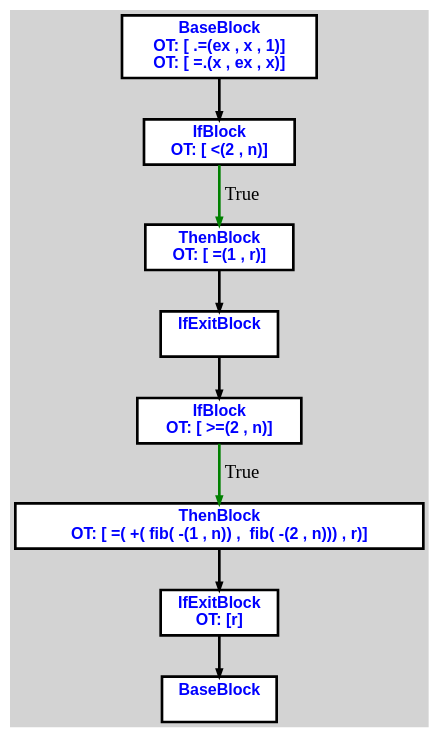
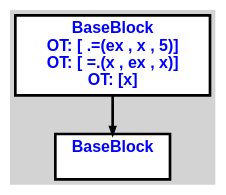
The diagram in cpoCompilerWin/input2.txt.fib.dot (aveen007/CountingMonkeys), drawn with Graphviz before and after one commit. The commit also changed 14 other files, not shown here.

```diff
--- a/cpoCompilerWin/input2.txt.fib.dot
+++ b/cpoCompilerWin/input2.txt.fib.dot
@@ -1,29 +1,13 @@
 digraph G {
 ordering=out;
 ranksep=.4;
 bgcolor="lightgrey";  node [shape=box, fixedsize=false, fontsize=12, fontname="Helvetica-bold", fontcolor="blue"
 width=.25, height=.25, color="black", fillcolor="white", style="filled, solid, bold"];
 
-edge [arrowsize=.5, color="black", style="bold"]    n000011613CBA3620 [label="BaseBlock\n OT: [ .=(ex , x , 1)]
+edge [arrowsize=.5, color="black", style="bold"]    n000011E17F423620 [label="BaseBlock\n OT: [ .=(ex , x , 5)]
 OT: [ =.(x , ex , x)]
+OT: [x]
 "]
-    n000011613CBA3980 [label="IfBlock\n OT: [ <(2 , n)]
-"]
-    n000011613CBA3620 -> n000011613CBA3980
-    n000011613CBA3980 -> n000011613CBA39E0 [label="True" color="green"]
-    n000011613CBA39E0 [label="ThenBlock\n OT: [ =(1 , r)]
-"]
-    n000011613CBA3A40 [label="IfExitBlock\n "]
-    n000011613CBA39E0 -> n000011613CBA3A40
-    n000011613CBA3AA0 [label="IfBlock\n OT: [ >=(2 , n)]
-"]
-    n000011613CBA3A40 -> n000011613CBA3AA0
-    n000011613CBA3AA0 -> n000011613CBA3B00 [label="True" color="green"]
-    n000011613CBA3B00 [label="ThenBlock\n OT: [ =( +( fib( -(1 , n)) ,  fib( -(2 , n))) , r)]
-"]
-    n000011613CBA3B60 [label="IfExitBlock\n OT: [r]
-"]
-    n000011613CBA3B00 -> n000011613CBA3B60
-    n000011613CBA3BC0 [label="BaseBlock\n "]
-    n000011613CBA3B60 -> n000011613CBA3BC0
+    n000011E17F423920 [label="BaseBlock\n "]
+    n000011E17F423620 -> n000011E17F423920
 }
```
